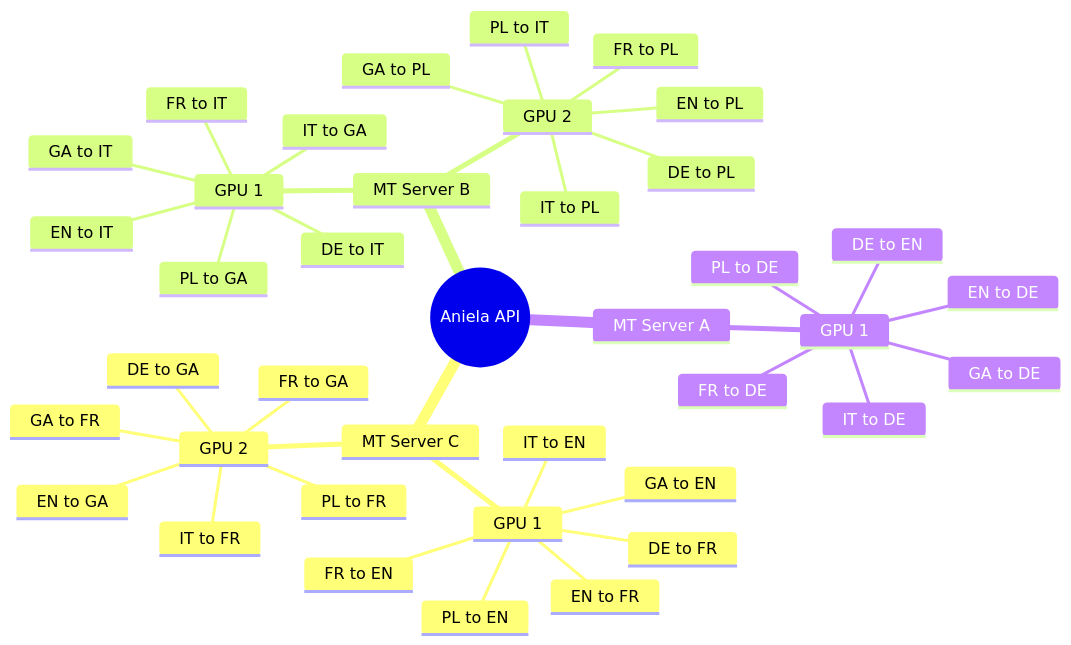
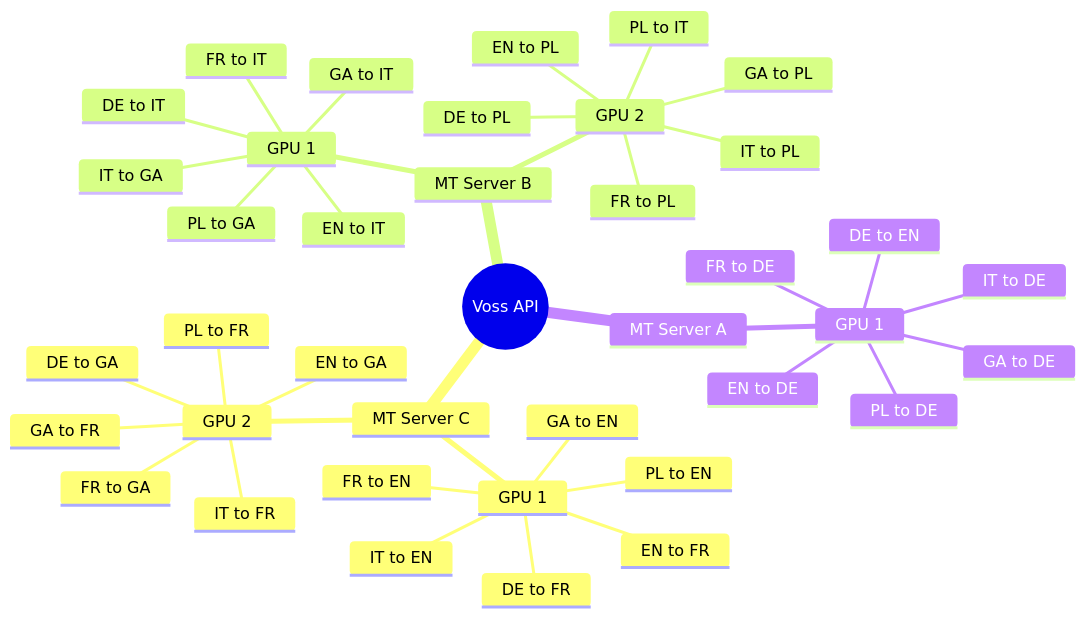
One commit to DanielGall500/Aniela changed the diagram in README.md. Above: the diagram before and after it, drawn with Mermaid. The commit also changed other lines of this file, not shown here.

````diff
--- a/README.md
+++ b/README.md
@@ -59,42 +59,42 @@
 ```mermaid
 mindmap
-  root((Aniela API))
+  root((Voss API))
     MT Server C
         GPU 1
             DE to FR
             EN to FR
             FR to EN
             GA to EN
             IT to EN
             PL to EN
         GPU 2
             DE to GA
             EN to GA
             FR to GA
             GA to FR
             IT to FR
             PL to FR
     MT Server B
         GPU 1
            DE to IT
            EN to IT
            FR to IT
            GA to IT
            IT to GA
            PL to GA
         GPU 2
            DE to PL
            EN to PL
            FR to PL
            GA to PL
            IT to PL
            PL to IT
     MT Server A
         GPU 1
            DE to EN
            EN to DE
            FR to DE
            GA to DE
            IT to DE
            PL to DE
  ```
````
